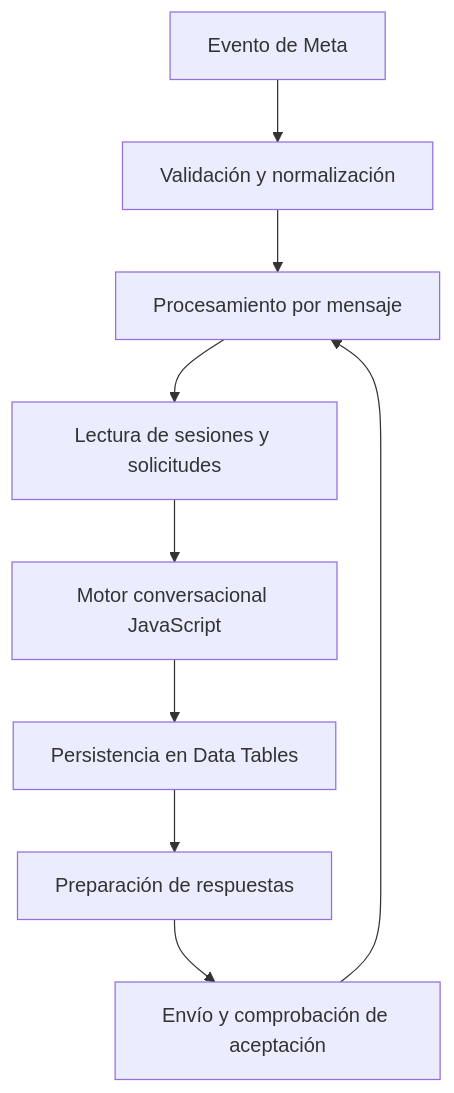
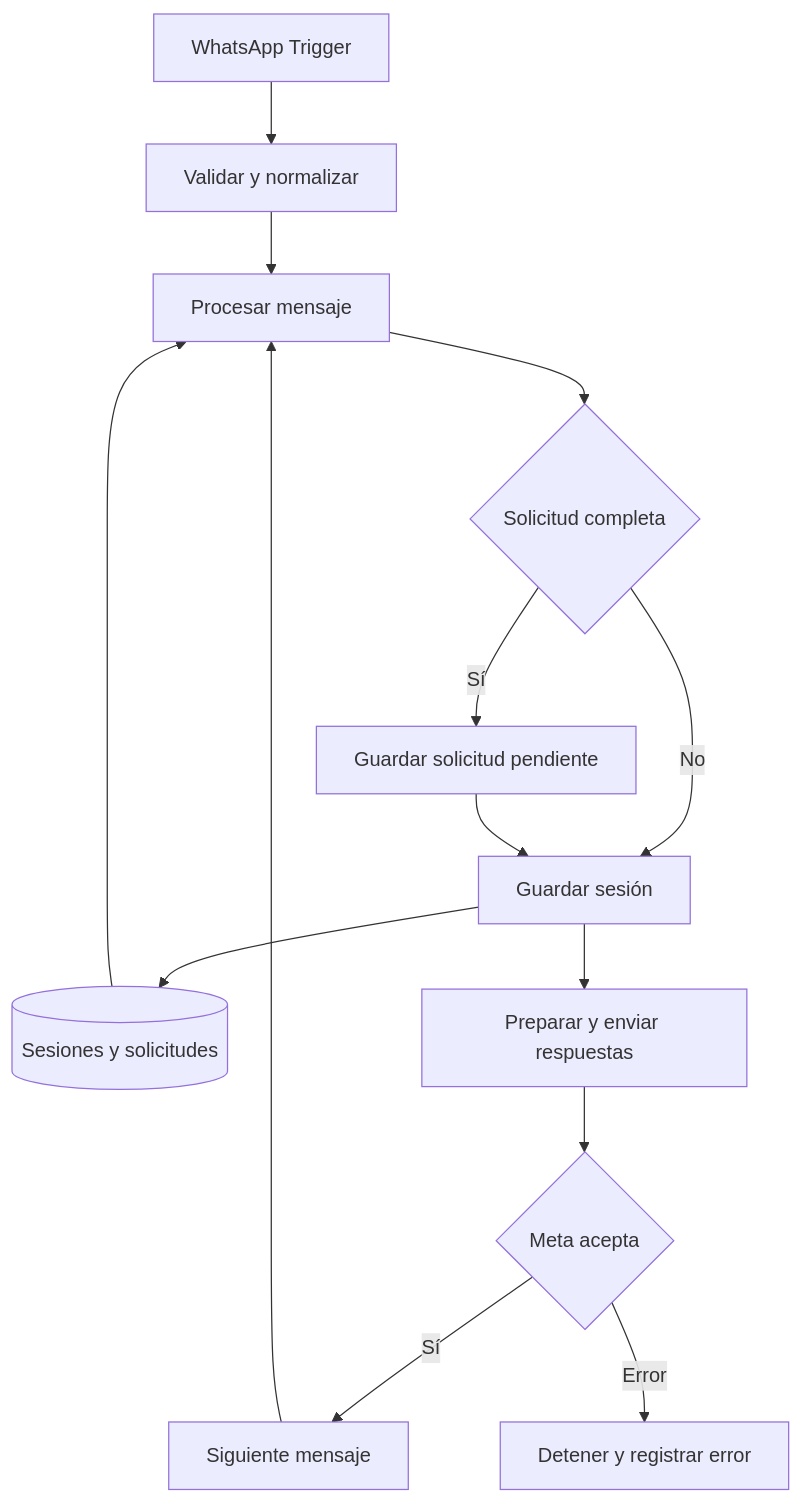
One commit to MenPar221197/whatsapp-service-agent changed the diagram in README.md. Above: the diagram before and after it, drawn with Mermaid. The commit also changed other lines of this file and 22 other files, not shown here.

Commit message:
Generalize WhatsApp business configuration and add reproducible build, documentation and 29 tests

````diff
--- a/README.md
+++ b/README.md
@@ -11,11 +27,16 @@
 ```mermaid
 flowchart TD
- A[Evento de Meta] --> B[Validación y normalización]
- B --> C[Procesamiento por mensaje]
- C --> D[Lectura de sesiones y solicitudes]
- D --> E[Motor conversacional JavaScript]
- E --> F[Persistencia en Data Tables]
- F --> G[Preparación de respuestas]
- G --> H[Envío y comprobación de aceptación]
- H --> C
+    A[WhatsApp Trigger] --> B[Validar y normalizar]
+    B --> C[Procesar mensaje]
+    D[(Sesiones y solicitudes)] --> C
+    C --> E{Solicitud completa}
+    E -->|Sí| F[Guardar solicitud pendiente]
+    E -->|No| G[Guardar sesión]
+    F --> G
+    G --> D
+    G --> H[Preparar y enviar respuestas]
+    H --> I{Meta acepta}
+    I -->|Sí| J[Siguiente mensaje]
+    I -->|Error| K[Detener y registrar error]
+    J --> C
 ```
````
